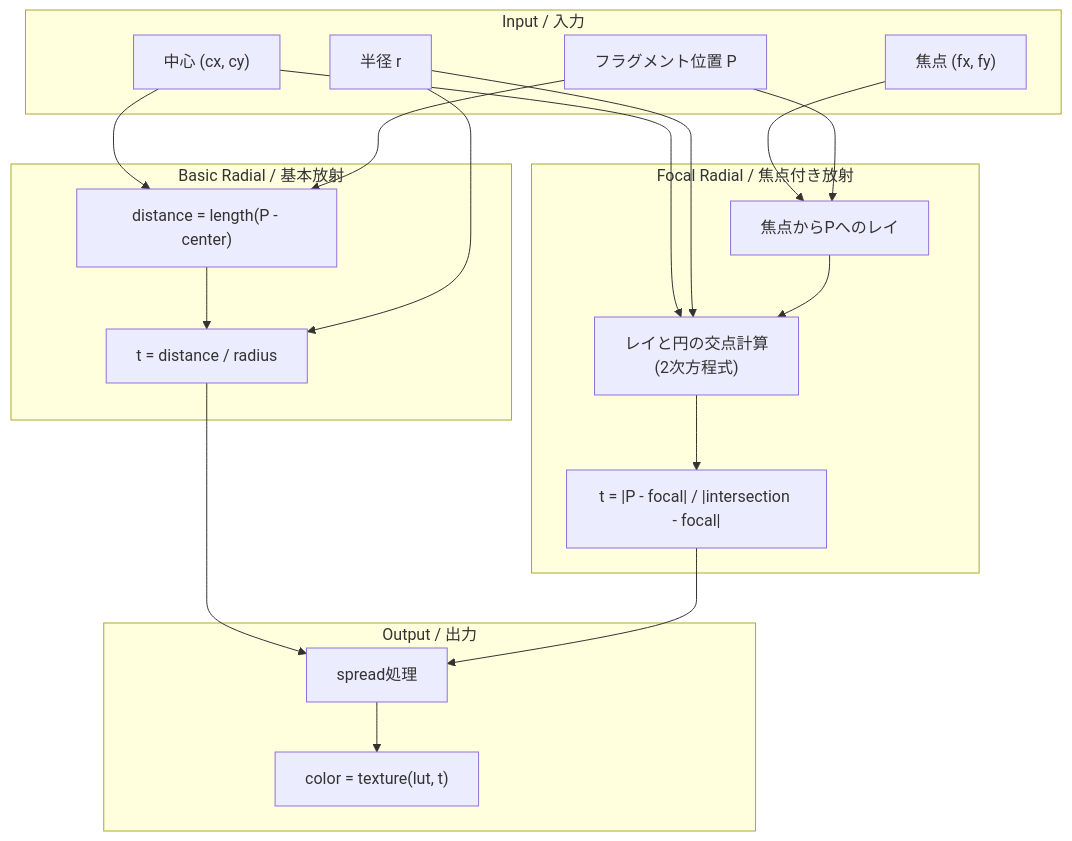
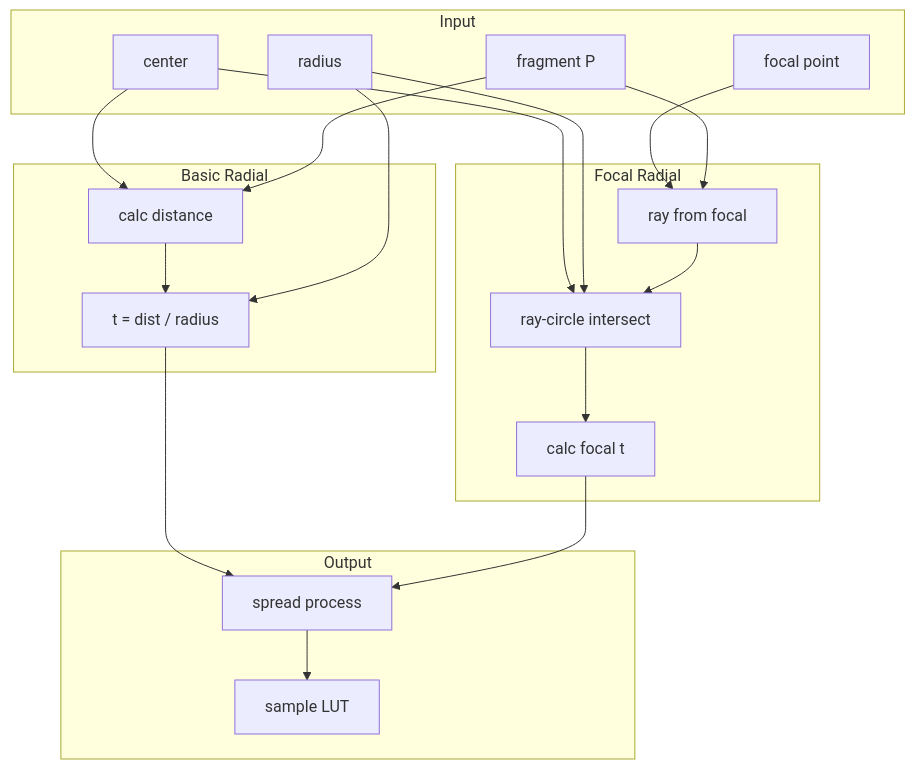
Diagram 15 of 37 in packages/webgl/RENDERING_FLOW.md (Next2D/player), drawn with Mermaid before and after one commit. The commit also changed other lines of this file, not shown here.

````diff
--- a/packages/webgl/RENDERING_FLOW.md
+++ b/packages/webgl/RENDERING_FLOW.md
@@ -794,41 +799,41 @@
 ```mermaid
 flowchart TB
-    subgraph "Input / 入力"
-        CENTER["中心 (cx, cy)"]
-        RADIUS["半径 r"]
-        FOCAL["焦点 (fx, fy)"]
-        FRAG["フラグメント位置 P"]
+    subgraph "Input"
+        CENTER[center]
+        RADIUS[radius]
+        FOCAL[focal point]
+        FRAG[fragment P]
     end
 
-    subgraph "Basic Radial / 基本放射"
-        DIST["distance = length(P - center)"]
-        T_BASIC["t = distance / radius"]
+    subgraph "Basic Radial"
+        DIST[calc distance]
+        T_BASIC[t = dist / radius]
     end
 
-    subgraph "Focal Radial / 焦点付き放射"
-        RAY["焦点からPへのレイ"]
-        INTERSECT["レイと円の交点計算<br/>(2次方程式)"]
-        T_FOCAL["t = |P - focal| / |intersection - focal|"]
+    subgraph "Focal Radial"
+        RAY[ray from focal]
+        INTERSECT[ray-circle intersect]
+        T_FOCAL[calc focal t]
     end
 
-    subgraph "Output / 出力"
-        SPREAD["spread処理"]
-        COLOR["color = texture(lut, t)"]
+    subgraph "Output"
+        SPREAD[spread process]
+        COLOR[sample LUT]
     end
 
     CENTER --> DIST
     FRAG --> DIST
     DIST --> T_BASIC
     RADIUS --> T_BASIC
 
     FOCAL --> RAY
     FRAG --> RAY
     CENTER --> INTERSECT
     RADIUS --> INTERSECT
     RAY --> INTERSECT
     INTERSECT --> T_FOCAL
 
     T_BASIC --> SPREAD
     T_FOCAL --> SPREAD
     SPREAD --> COLOR
 ```
````
